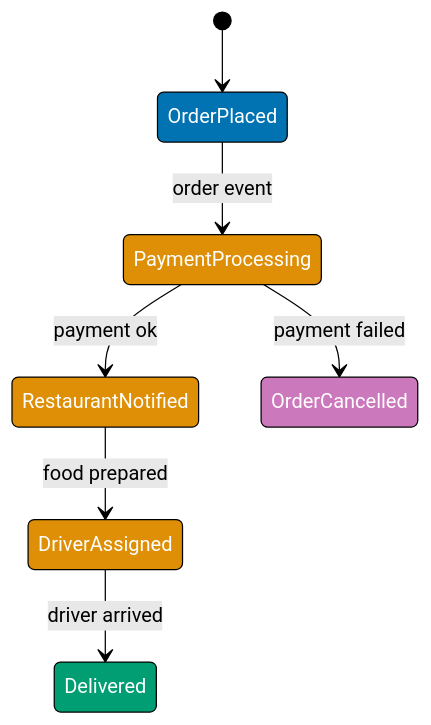
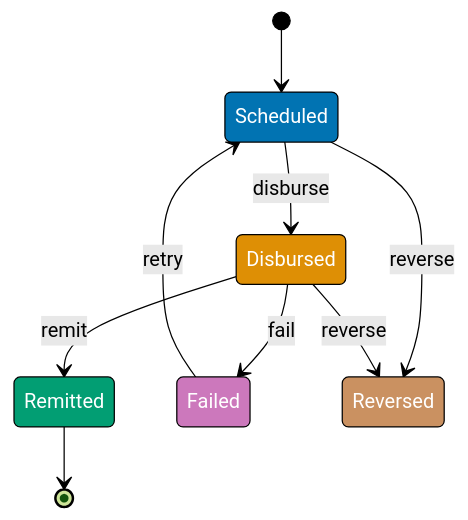
The second of 3 diagrams in apps/ayokoding-web/content/en/learn/software-engineering/architecture/finite-state-machine-fsm/by-example/advanced.md (wahidyankf/open-sharia-enterprise), drawn with Mermaid (forest theme) before and after one commit. The commit also changed other lines of this file and 38 other files, not shown here.

First line of the commit message:
docs(ayokoding-web): unify architecture tutorials on shared P2P domain

````diff
--- a/apps/ayokoding-web/content/en/learn/software-engineering/architecture/finite-state-machine-fsm/by-example/advanced.md
+++ b/apps/ayokoding-web/content/en/learn/software-engineering/architecture/finite-state-machine-fsm/by-example/advanced.md
@@ -2243,19 +507,23 @@
 ```mermaid
 stateDiagram-v2
-    [*] --> OrderPlaced
-    OrderPlaced --> PaymentProcessing: order event
-    PaymentProcessing --> RestaurantNotified: payment ok
-    PaymentProcessing --> OrderCancelled: payment failed
-    RestaurantNotified --> DriverAssigned: food prepared
-    DriverAssigned --> Delivered: driver arrived
+    [*] --> Scheduled
+    Scheduled --> Disbursed: disburse
+    Disbursed --> Remitted: remit
+    Disbursed --> Failed: fail
+    Failed --> Scheduled: retry
+    Remitted --> [*]
+    Scheduled --> Reversed: reverse
+    Disbursed --> Reversed: reverse
 
-    classDef initialState fill:#0173B2,stroke:#000,color:#fff
-    classDef processingState fill:#DE8F05,stroke:#000,color:#fff
-    classDef completedState fill:#029E73,stroke:#000,color:#fff
-    classDef failedState fill:#CC78BC,stroke:#000,color:#fff
+    classDef scheduled fill:#0173B2,stroke:#000,color:#fff
+    classDef disbursed fill:#DE8F05,stroke:#000,color:#fff
+    classDef remitted fill:#029E73,stroke:#000,color:#fff
+    classDef failed fill:#CC78BC,stroke:#000,color:#fff
+    classDef reversed fill:#CA9161,stroke:#000,color:#fff
 
-    class OrderPlaced initialState
-    class PaymentProcessing,RestaurantNotified,DriverAssigned processingState
-    class Delivered completedState
-    class OrderCancelled failedState
+    class Scheduled scheduled
+    class Disbursed disbursed
+    class Remitted remitted
+    class Failed failed
+    class Reversed reversed
 ```
````
